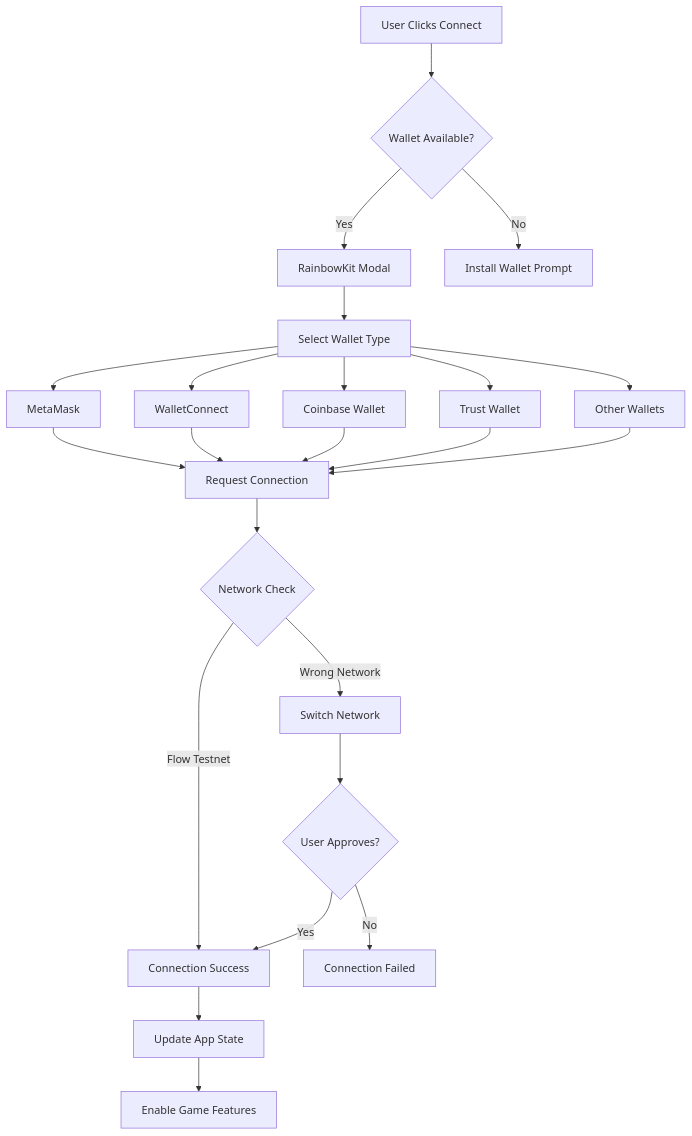
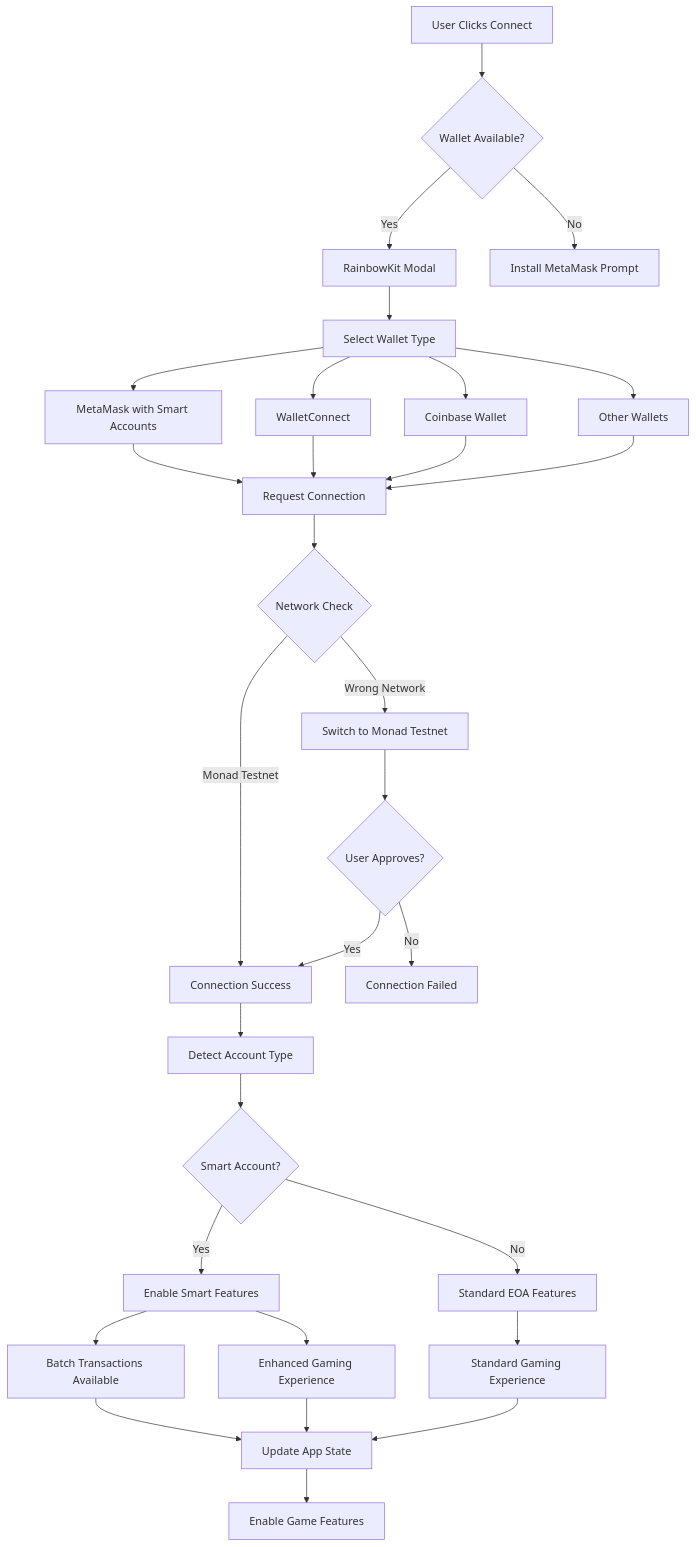
Before and after one commit to AmaanSayyad/APT-Casino-OneChain: the third of 21 diagrams in MERMAID_DIAGRAMS.md, drawn with Mermaid. The commit also changed other lines of this file and 160 other files, not shown here.

````diff
--- a/MERMAID_DIAGRAMS.md
+++ b/MERMAID_DIAGRAMS.md
@@ -69,30 +81,39 @@
 ```mermaid
 flowchart TD
     A[User Clicks Connect] --> B{Wallet Available?}
     B -->|Yes| C[RainbowKit Modal]
-    B -->|No| D[Install Wallet Prompt]
+    B -->|No| D[Install MetaMask Prompt]
     
     C --> E[Select Wallet Type]
-    E --> F[MetaMask]
+    E --> F[MetaMask with Smart Accounts]
     E --> G[WalletConnect]
     E --> H[Coinbase Wallet]
-    E --> I[Trust Wallet]
-    E --> J[Other Wallets]
+    E --> I[Other Wallets]
     
     F --> K[Request Connection]
     G --> K
     H --> K
     I --> K
-    J --> K
     
     K --> L{Network Check}
-    L -->|Flow Testnet| M[Connection Success]
-    L -->|Wrong Network| N[Switch Network]
+    L -->|Monad Testnet| M[Connection Success]
+    L -->|Wrong Network| N[Switch to Monad Testnet]
     
     N --> O{User Approves?}
     O -->|Yes| M
     O -->|No| P[Connection Failed]
     
-    M --> Q[Update App State]
-    Q --> R[Enable Game Features]
+    M --> Q[Detect Account Type]
+    Q --> R{Smart Account?}
+    R -->|Yes| S[Enable Smart Features]
+    R -->|No| T[Standard EOA Features]
+    
+    S --> U[Batch Transactions Available]
+    S --> V[Enhanced Gaming Experience]
+    T --> W[Standard Gaming Experience]
+    
+    U --> X[Update App State]
+    V --> X
+    W --> X
+    X --> Y[Enable Game Features]
 ```
````
